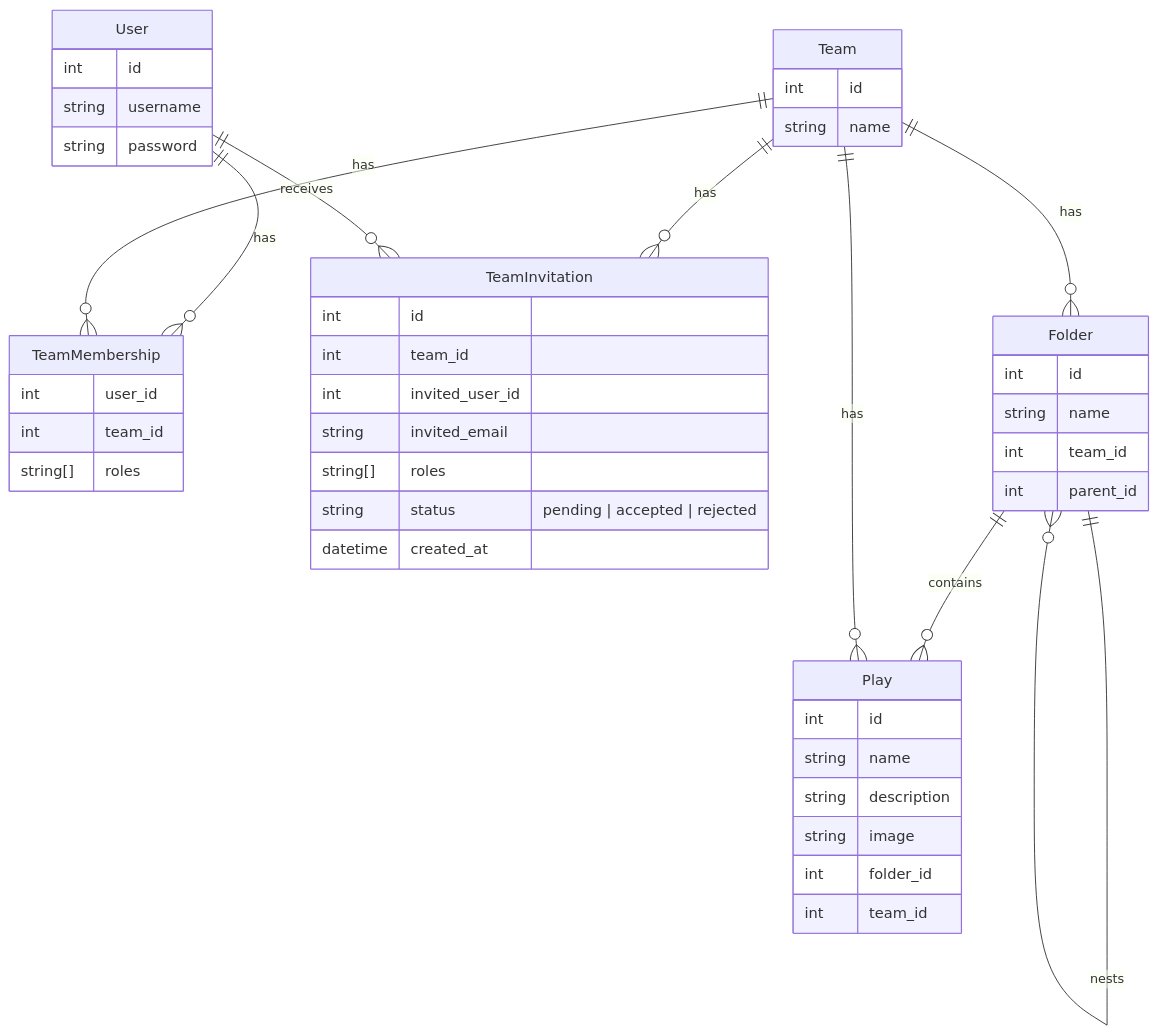
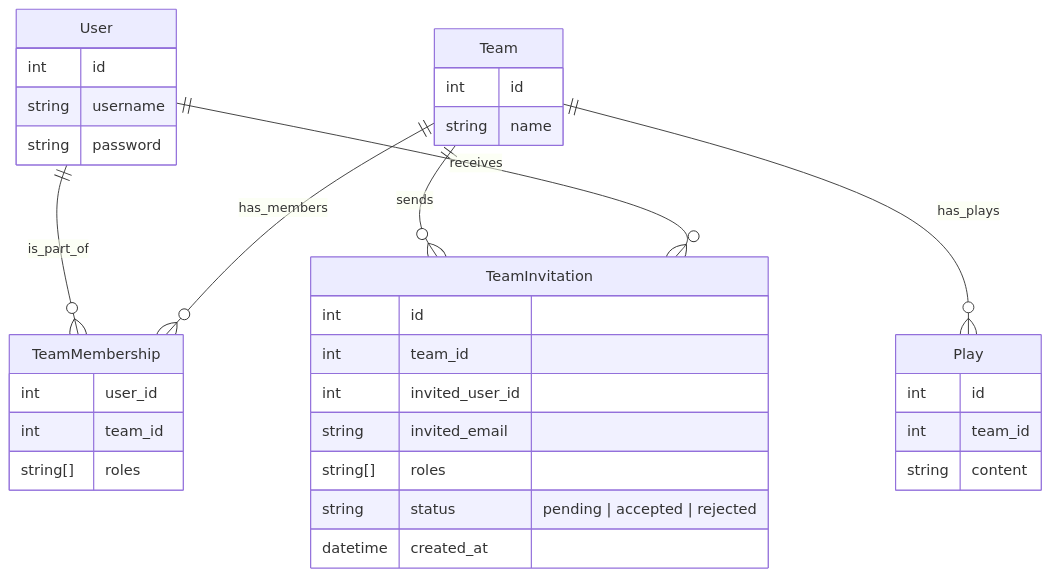
The diagram in README.md (Z-kk-0/football-website), drawn with Mermaid before and after one commit. The commit also changed other lines of this file, not shown here.

Commit message:
Update README.md made User Stories Simpler removed Folders and plays are only a string

````diff
--- a/README.md
+++ b/README.md
@@ -99,59 +99,47 @@
 ```mermaid
 erDiagram
 
   User {
     int id
     string username
     string password
   }
 
   Team {
     int id
     string name
   }
 
   TeamMembership {
     int user_id
     int team_id
     string[] roles
   }
 
+  Play {
+    int id
+    int team_id
+    string content
+  }
+
   TeamInvitation {
     int id
     int team_id
     int invited_user_id
     string invited_email
     string[] roles
     string status  "pending | accepted | rejected"
     datetime created_at
   }
 
-  Folder {
-    int id
-    string name
-    int team_id
-    int parent_id
-  }
+  User ||--o{ TeamMembership : is_part_of
+  Team ||--o{ TeamMembership : has_members
 
-  Play {
-    int id
-    string name
-    string description
-    string image
-    int folder_id
-    int team_id
-  }
+  Team ||--o{ Play : has_plays
 
-  User ||--o{ TeamMembership : has
-  Team ||--o{ TeamMembership : has
-
-  Team ||--o{ Folder : has
-  Folder ||--o{ Play : contains
-  Team ||--o{ Play : has
-  Folder ||--o{ Folder : nests
-
-  Team ||--o{ TeamInvitation : has
+  Team ||--o{ TeamInvitation : sends
   User ||--o{ TeamInvitation : receives
 
 
+
 ```
````
